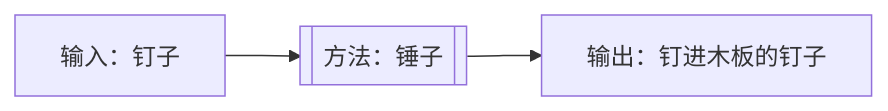
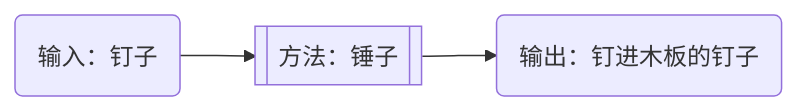
Before and after one commit to Dreamwalkor/little-book-of-ai: the second of 7 diagrams in 04.md, drawn with Mermaid. The commit also changed other lines of this file and 2 other files, not shown here.

````diff
--- a/04.md
+++ b/04.md
@@ -46,4 +46,4 @@
 ```mermaid
 flowchart LR
-input[输入：钉子] --> method[[方法：锤子]] --> output[输出：钉进木板的钉子]
+input(输入：钉子) --> method[[方法：锤子]] --> output(输出：钉进木板的钉子)
 ```
````
